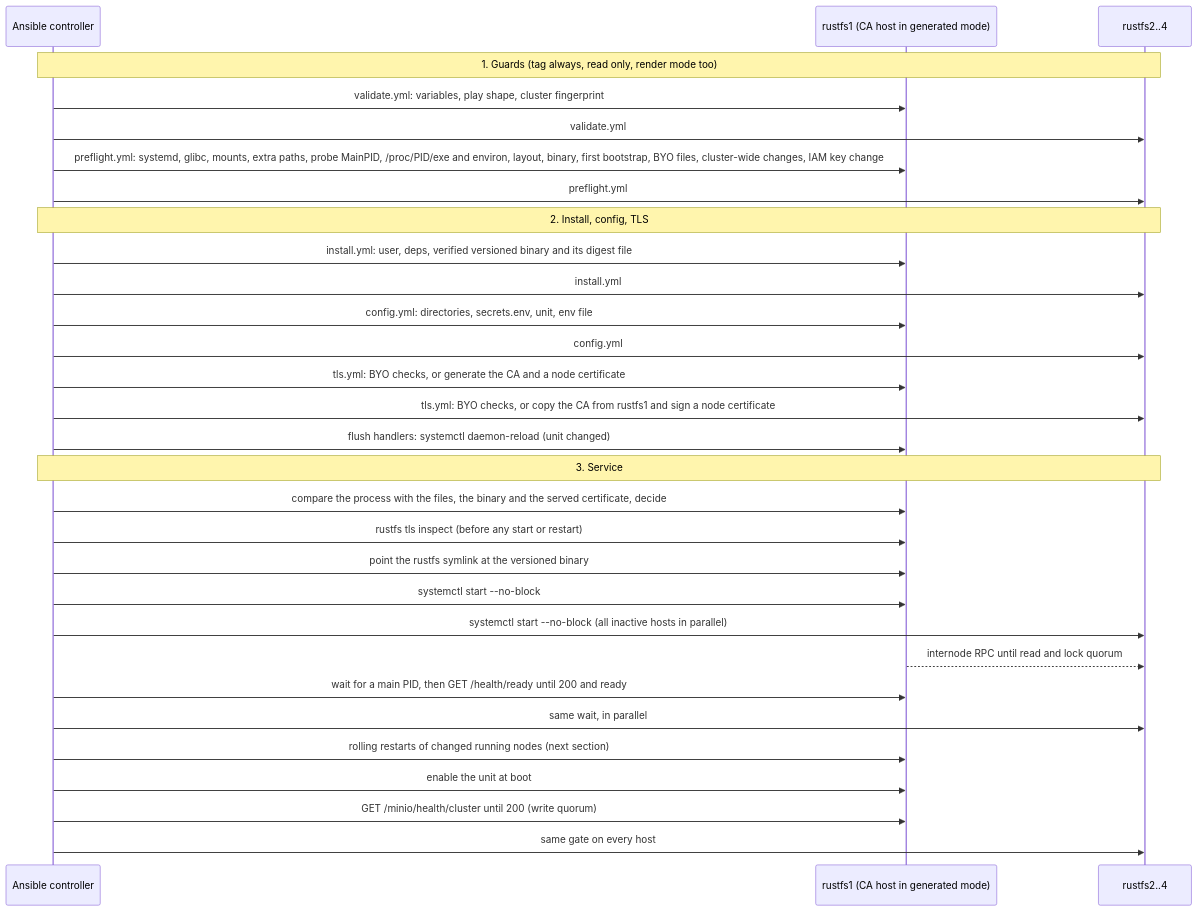
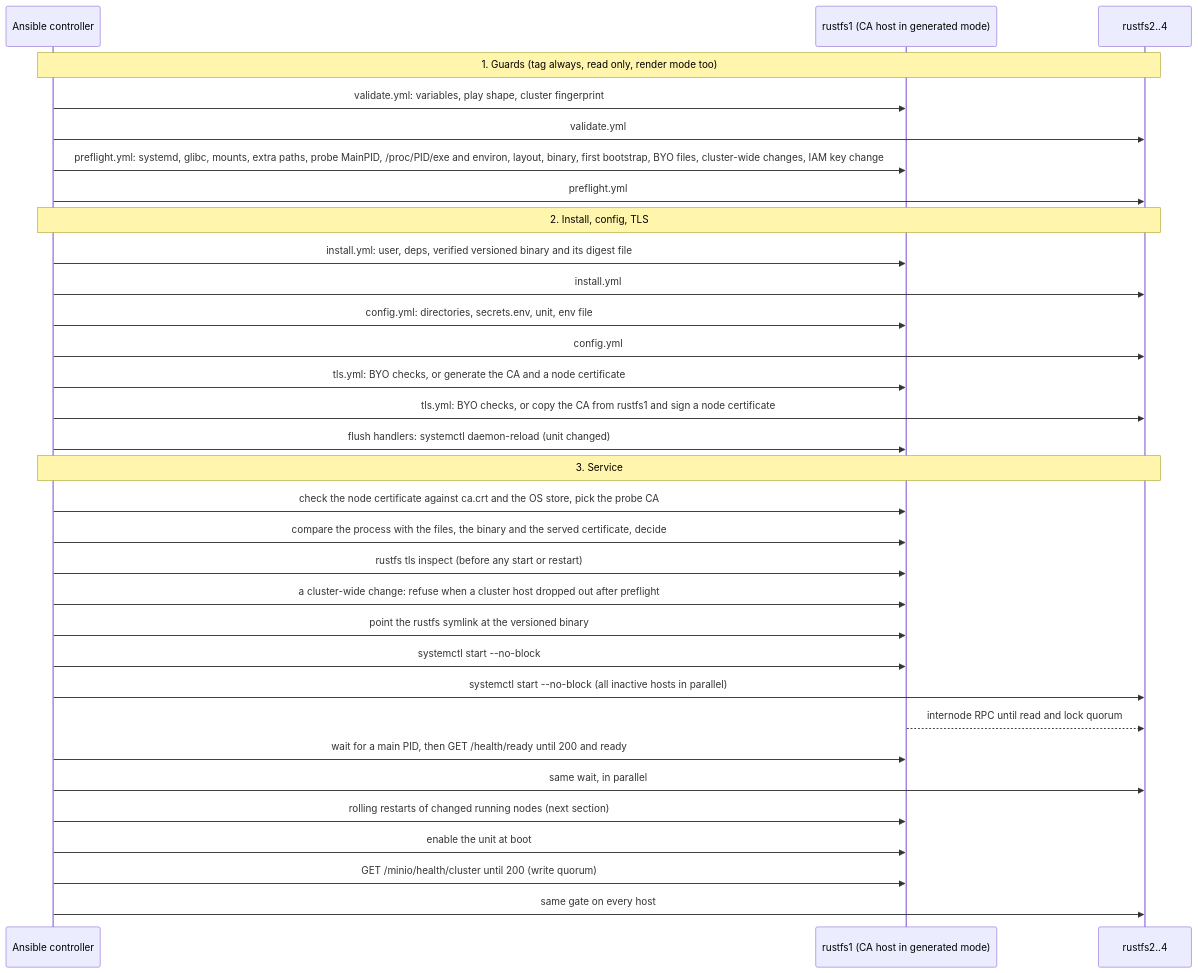
Before and after one commit to devopsgroupeu/ansible-role-rustfs: the second of 3 diagrams in docs/ARCHITECTURE.md, drawn with Mermaid. The commit also changed other lines of this file and 4 other files, not shown here.

````diff
--- a/docs/ARCHITECTURE.md
+++ b/docs/ARCHITECTURE.md
@@ -91,35 +91,37 @@
 ```mermaid
 sequenceDiagram
     participant Ctrl as Ansible controller
     participant N1 as rustfs1 (CA host in generated mode)
     participant Nx as rustfs2..4
 
     Note over Ctrl,Nx: 1. Guards (tag always, read only, render mode too)
     Ctrl->>N1: validate.yml: variables, play shape, cluster fingerprint
     Ctrl->>Nx: validate.yml
     Ctrl->>N1: preflight.yml: systemd, glibc, mounts, extra paths, probe MainPID, /proc/PID/exe and environ, layout, binary, first bootstrap, BYO files, cluster-wide changes, IAM key change
     Ctrl->>Nx: preflight.yml
 
     Note over Ctrl,Nx: 2. Install, config, TLS
     Ctrl->>N1: install.yml: user, deps, verified versioned binary and its digest file
     Ctrl->>Nx: install.yml
     Ctrl->>N1: config.yml: directories, secrets.env, unit, env file
     Ctrl->>Nx: config.yml
     Ctrl->>N1: tls.yml: BYO checks, or generate the CA and a node certificate
     Ctrl->>Nx: tls.yml: BYO checks, or copy the CA from rustfs1 and sign a node certificate
     Ctrl->>N1: flush handlers: systemctl daemon-reload (unit changed)
 
     Note over Ctrl,Nx: 3. Service
+    Ctrl->>N1: check the node certificate against ca.crt and the OS store, pick the probe CA
     Ctrl->>N1: compare the process with the files, the binary and the served certificate, decide
     Ctrl->>N1: rustfs tls inspect (before any start or restart)
+    Ctrl->>N1: a cluster-wide change: refuse when a cluster host dropped out after preflight
     Ctrl->>N1: point the rustfs symlink at the versioned binary
     Ctrl->>N1: systemctl start --no-block
     Ctrl->>Nx: systemctl start --no-block (all inactive hosts in parallel)
     N1-->>Nx: internode RPC until read and lock quorum
     Ctrl->>N1: wait for a main PID, then GET /health/ready until 200 and ready
     Ctrl->>Nx: same wait, in parallel
     Ctrl->>N1: rolling restarts of changed running nodes (next section)
     Ctrl->>N1: enable the unit at boot
     Ctrl->>N1: GET /minio/health/cluster until 200 (write quorum)
     Ctrl->>Nx: same gate on every host
 ```
````
